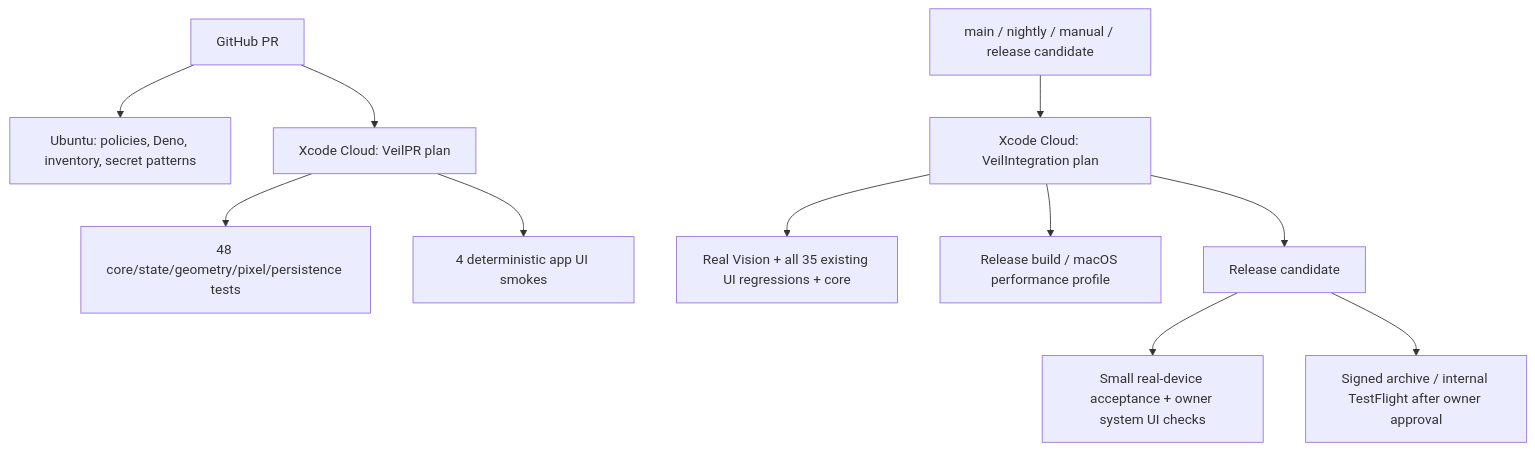
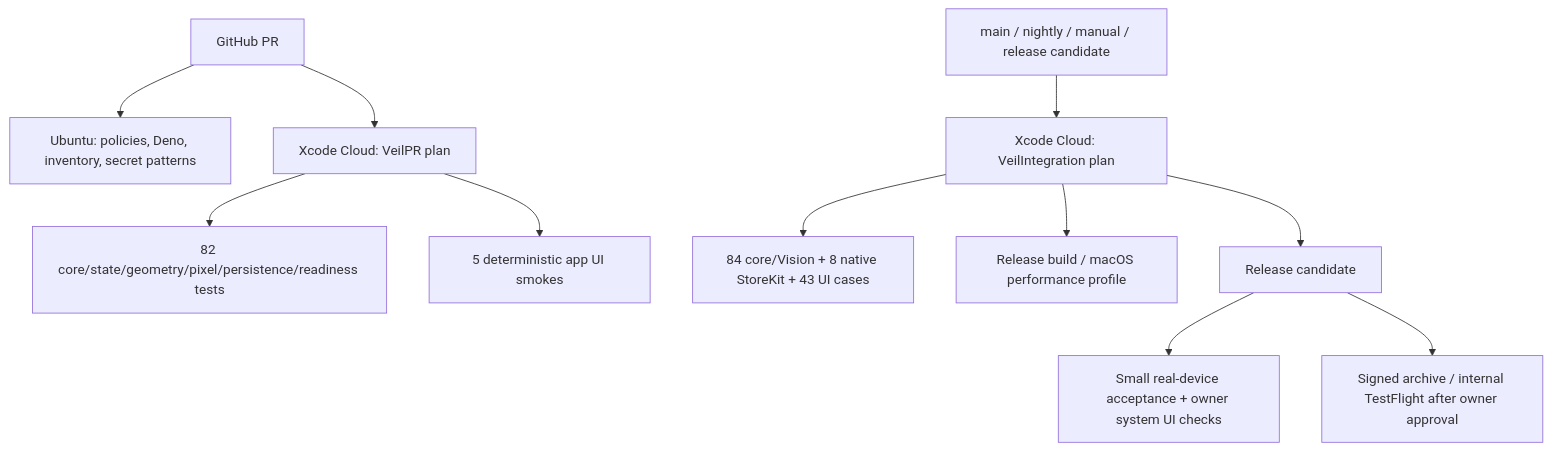
One commit to maksym1503/photo-veil changed the diagram in Documentation/CI/TESTING_STRATEGY.md. Above: the diagram before and after it, drawn with Mermaid. The commit also changed other lines of this file and 287 other files, not shown here.

````diff
--- a/Documentation/CI/TESTING_STRATEGY.md
+++ b/Documentation/CI/TESTING_STRATEGY.md
@@ -5,13 +20,13 @@
 ```mermaid
 flowchart TD
     PR[GitHub PR] --> B[Ubuntu: policies, Deno, inventory, secret patterns]
     PR --> P[Xcode Cloud: VeilPR plan]
-    P --> C[48 core/state/geometry/pixel/persistence tests]
-    P --> U[4 deterministic app UI smokes]
+    P --> C[82 core/state/geometry/pixel/persistence/readiness tests]
+    P --> U[5 deterministic app UI smokes]
     M[main / nightly / manual / release candidate] --> I[Xcode Cloud: VeilIntegration plan]
-    I --> V[Real Vision + all 35 existing UI regressions + core]
+    I --> V[84 core/Vision + 8 native StoreKit + 43 UI cases]
     I --> R[Release build / macOS performance profile]
     RC[Release candidate] --> D[Small real-device acceptance + owner system UI checks]
     I --> RC
     RC --> A[Signed archive / internal TestFlight after owner approval]
 ```
````
